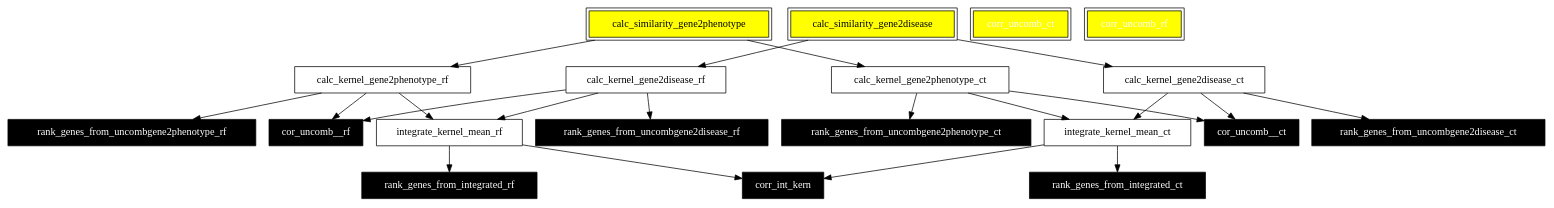
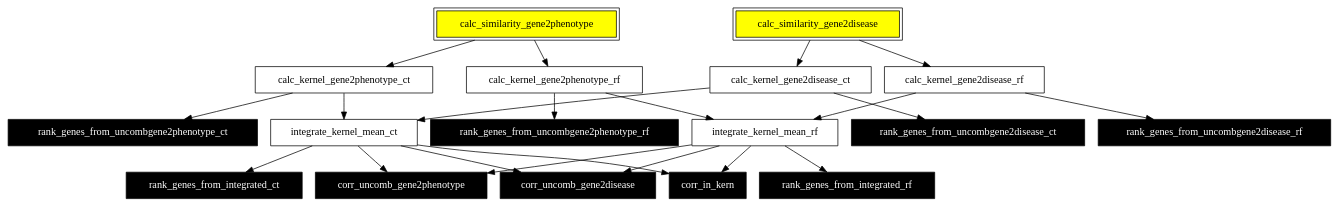
One commit to federedef/GraphPrioritizer changed the diagram in autoflow_template_semantic.dot. Above: the diagram before and after it, drawn with Graphviz. The commit also changed 7 other files, not shown here.

```diff
--- a/autoflow_template_semantic.dot
+++ b/autoflow_template_semantic.dot
@@ -1,38 +1,34 @@
 digraph G {
 node[shape=box]
 "calc_similarity_gene2phenotype"[color=black, peripheries=2, style=filled, fillcolor=yellow]
 "calc_similarity_gene2disease"[color=black, peripheries=2, style=filled, fillcolor=yellow]
 "calc_similarity_gene2phenotype"-> "calc_kernel_gene2phenotype_ct"
 "calc_similarity_gene2disease"-> "calc_kernel_gene2disease_ct"
-"calc_kernel_gene2phenotype_ct"-> "cor_uncomb__ct"
-"calc_kernel_gene2disease_ct"-> "cor_uncomb__ct"
 "calc_kernel_gene2phenotype_ct"-> "rank_genes_from_uncombgene2phenotype_ct"
 "calc_kernel_gene2disease_ct"-> "rank_genes_from_uncombgene2disease_ct"
 "calc_kernel_gene2phenotype_ct"-> "integrate_kernel_mean_ct"
 "calc_kernel_gene2disease_ct"-> "integrate_kernel_mean_ct"
 "integrate_kernel_mean_ct"-> "rank_genes_from_integrated_ct"
 "calc_similarity_gene2phenotype"-> "calc_kernel_gene2phenotype_rf"
 "calc_similarity_gene2disease"-> "calc_kernel_gene2disease_rf"
-"calc_kernel_gene2phenotype_rf"-> "cor_uncomb__rf"
-"calc_kernel_gene2disease_rf"-> "cor_uncomb__rf"
 "calc_kernel_gene2phenotype_rf"-> "rank_genes_from_uncombgene2phenotype_rf"
 "calc_kernel_gene2disease_rf"-> "rank_genes_from_uncombgene2disease_rf"
 "calc_kernel_gene2phenotype_rf"-> "integrate_kernel_mean_rf"
 "calc_kernel_gene2disease_rf"-> "integrate_kernel_mean_rf"
 "integrate_kernel_mean_rf"-> "rank_genes_from_integrated_rf"
-"corr_uncomb_ct"[color=black, peripheries=2, style=filled, fillcolor=yellow]
-"corr_uncomb_rf"[color=black, peripheries=2, style=filled, fillcolor=yellow]
-"integrate_kernel_mean_ct"-> "corr_int_kern"
-"integrate_kernel_mean_rf"-> "corr_int_kern"
-"cor_uncomb__ct"[fontcolor=white, color=black, style=filled]
+"integrate_kernel_mean_ct"-> "corr_uncomb_gene2phenotype"
+"integrate_kernel_mean_rf"-> "corr_uncomb_gene2phenotype"
+"integrate_kernel_mean_ct"-> "corr_uncomb_gene2disease"
+"integrate_kernel_mean_rf"-> "corr_uncomb_gene2disease"
+"integrate_kernel_mean_ct"-> "corr_in_kern"
+"integrate_kernel_mean_rf"-> "corr_in_kern"
 "rank_genes_from_uncombgene2phenotype_ct"[fontcolor=white, color=black, style=filled]
 "rank_genes_from_uncombgene2disease_ct"[fontcolor=white, color=black, style=filled]
 "rank_genes_from_integrated_ct"[fontcolor=white, color=black, style=filled]
-"cor_uncomb__rf"[fontcolor=white, color=black, style=filled]
 "rank_genes_from_uncombgene2phenotype_rf"[fontcolor=white, color=black, style=filled]
 "rank_genes_from_uncombgene2disease_rf"[fontcolor=white, color=black, style=filled]
 "rank_genes_from_integrated_rf"[fontcolor=white, color=black, style=filled]
-"corr_uncomb_ct"[fontcolor=white, color=black, style=filled]
-"corr_uncomb_rf"[fontcolor=white, color=black, style=filled]
-"corr_int_kern"[fontcolor=white, color=black, style=filled]
+"corr_uncomb_gene2phenotype"[fontcolor=white, color=black, style=filled]
+"corr_uncomb_gene2disease"[fontcolor=white, color=black, style=filled]
+"corr_in_kern"[fontcolor=white, color=black, style=filled]
 }
```
